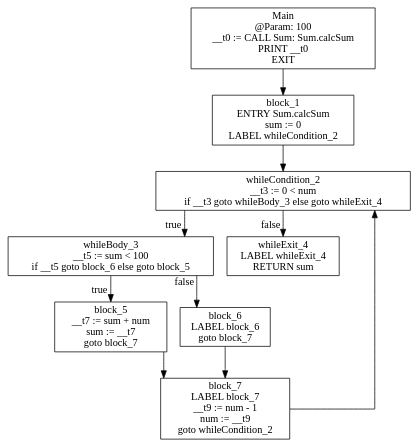
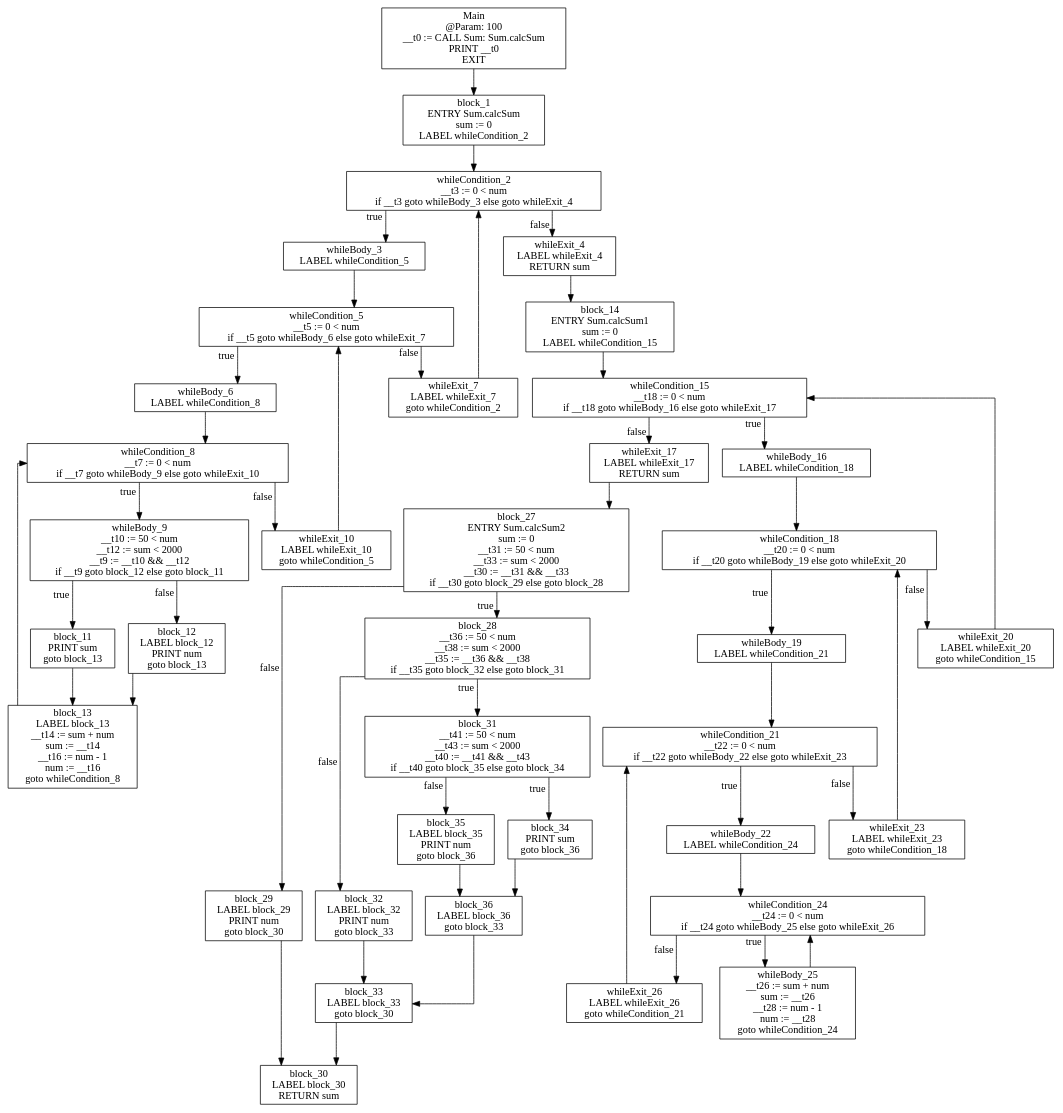
One commit to AIlhomov/Flex changed the diagram in assignment_1/getting_started/cfg.dot. Above: the diagram before and after it, drawn with Graphviz. The commit also changed 8 other files, not shown here.

```diff
--- a/assignment_1/getting_started/cfg.dot
+++ b/assignment_1/getting_started/cfg.dot
@@ -1,21 +1,88 @@
 digraph CFG {
 graph [splines=ortho];
 node [shape=box];
 Main -> block_1;
 Main [label="Main\n @Param: 100\n__t0 := CALL Sum: Sum.calcSum\nPRINT __t0\nEXIT\n"];
 block_1 -> whileCondition_2;
 block_1 [label="block_1\nENTRY Sum.calcSum\nsum := 0\nLABEL whileCondition_2\n"];
 whileCondition_2 -> whileBody_3 [xlabel="true"];
 whileCondition_2 -> whileExit_4 [xlabel="false"];
 whileCondition_2 [label="whileCondition_2\n__t3 := 0 < num\nif __t3 goto whileBody_3 else goto whileExit_4\n"];
-whileBody_3 -> block_5 [xlabel="true"];
-whileBody_3 -> block_6 [xlabel="false"];
-whileBody_3 [label="whileBody_3\n__t5 := sum < 100\nif __t5 goto block_6 else goto block_5\n"];
+whileBody_3 -> whileCondition_5;
+whileBody_3 [label="whileBody_3\nLABEL whileCondition_5\n"];
+whileExit_4 -> block_14;
 whileExit_4 [label="whileExit_4\nLABEL whileExit_4\nRETURN sum\n"];
-block_5 -> block_7;
-block_5 [label="block_5\n__t7 := sum + num\nsum := __t7\ngoto block_7\n"];
-block_6 -> block_7;
-block_6 [label="block_6\nLABEL block_6\ngoto block_7\n"];
-block_7 -> whileCondition_2;
-block_7 [label="block_7\nLABEL block_7\n__t9 := num - 1\nnum := __t9\ngoto whileCondition_2\n"];
+whileCondition_5 -> whileBody_6 [xlabel="true"];
+whileCondition_5 -> whileExit_7 [xlabel="false"];
+whileCondition_5 [label="whileCondition_5\n__t5 := 0 < num\nif __t5 goto whileBody_6 else goto whileExit_7\n"];
+whileBody_6 -> whileCondition_8;
+whileBody_6 [label="whileBody_6\nLABEL whileCondition_8\n"];
+whileExit_7 -> whileCondition_2;
+whileExit_7 [label="whileExit_7\nLABEL whileExit_7\ngoto whileCondition_2\n"];
+whileCondition_8 -> whileBody_9 [xlabel="true"];
+whileCondition_8 -> whileExit_10 [xlabel="false"];
+whileCondition_8 [label="whileCondition_8\n__t7 := 0 < num\nif __t7 goto whileBody_9 else goto whileExit_10\n"];
+whileBody_9 -> block_11 [xlabel="true"];
+whileBody_9 -> block_12 [xlabel="false"];
+whileBody_9 [label="whileBody_9\n__t10 := 50 < num\n__t12 := sum < 2000\n__t9 := __t10 && __t12\nif __t9 goto block_12 else goto block_11\n"];
+whileExit_10 -> whileCondition_5;
+whileExit_10 [label="whileExit_10\nLABEL whileExit_10\ngoto whileCondition_5\n"];
+block_11 -> block_13;
+block_11 [label="block_11\nPRINT sum\ngoto block_13\n"];
+block_12 -> block_13;
+block_12 [label="block_12\nLABEL block_12\nPRINT num\ngoto block_13\n"];
+block_13 -> whileCondition_8;
+block_13 [label="block_13\nLABEL block_13\n__t14 := sum + num\nsum := __t14\n__t16 := num - 1\nnum := __t16\ngoto whileCondition_8\n"];
+block_14 -> whileCondition_15;
+block_14 [label="block_14\nENTRY Sum.calcSum1\nsum := 0\nLABEL whileCondition_15\n"];
+whileCondition_15 -> whileBody_16 [xlabel="true"];
+whileCondition_15 -> whileExit_17 [xlabel="false"];
+whileCondition_15 [label="whileCondition_15\n__t18 := 0 < num\nif __t18 goto whileBody_16 else goto whileExit_17\n"];
+whileBody_16 -> whileCondition_18;
+whileBody_16 [label="whileBody_16\nLABEL whileCondition_18\n"];
+whileExit_17 -> block_27;
+whileExit_17 [label="whileExit_17\nLABEL whileExit_17\nRETURN sum\n"];
+whileCondition_18 -> whileBody_19 [xlabel="true"];
+whileCondition_18 -> whileExit_20 [xlabel="false"];
+whileCondition_18 [label="whileCondition_18\n__t20 := 0 < num\nif __t20 goto whileBody_19 else goto whileExit_20\n"];
+whileBody_19 -> whileCondition_21;
+whileBody_19 [label="whileBody_19\nLABEL whileCondition_21\n"];
+whileExit_20 -> whileCondition_15;
+whileExit_20 [label="whileExit_20\nLABEL whileExit_20\ngoto whileCondition_15\n"];
+whileCondition_21 -> whileBody_22 [xlabel="true"];
+whileCondition_21 -> whileExit_23 [xlabel="false"];
+whileCondition_21 [label="whileCondition_21\n__t22 := 0 < num\nif __t22 goto whileBody_22 else goto whileExit_23\n"];
+whileBody_22 -> whileCondition_24;
+whileBody_22 [label="whileBody_22\nLABEL whileCondition_24\n"];
+whileExit_23 -> whileCondition_18;
+whileExit_23 [label="whileExit_23\nLABEL whileExit_23\ngoto whileCondition_18\n"];
+whileCondition_24 -> whileBody_25 [xlabel="true"];
+whileCondition_24 -> whileExit_26 [xlabel="false"];
+whileCondition_24 [label="whileCondition_24\n__t24 := 0 < num\nif __t24 goto whileBody_25 else goto whileExit_26\n"];
+whileBody_25 -> whileCondition_24;
+whileBody_25 [label="whileBody_25\n__t26 := sum + num\nsum := __t26\n__t28 := num - 1\nnum := __t28\ngoto whileCondition_24\n"];
+whileExit_26 -> whileCondition_21;
+whileExit_26 [label="whileExit_26\nLABEL whileExit_26\ngoto whileCondition_21\n"];
+block_27 -> block_28 [xlabel="true"];
+block_27 -> block_29 [xlabel="false"];
+block_27 [label="block_27\nENTRY Sum.calcSum2\nsum := 0\n__t31 := 50 < num\n__t33 := sum < 2000\n__t30 := __t31 && __t33\nif __t30 goto block_29 else goto block_28\n"];
+block_28 -> block_31 [xlabel="true"];
+block_28 -> block_32 [xlabel="false"];
+block_28 [label="block_28\n__t36 := 50 < num\n__t38 := sum < 2000\n__t35 := __t36 && __t38\nif __t35 goto block_32 else goto block_31\n"];
+block_29 -> block_30;
+block_29 [label="block_29\nLABEL block_29\nPRINT num\ngoto block_30\n"];
+block_30 [label="block_30\nLABEL block_30\nRETURN sum\n"];
+block_31 -> block_34 [xlabel="true"];
+block_31 -> block_35 [xlabel="false"];
+block_31 [label="block_31\n__t41 := 50 < num\n__t43 := sum < 2000\n__t40 := __t41 && __t43\nif __t40 goto block_35 else goto block_34\n"];
+block_32 -> block_33;
+block_32 [label="block_32\nLABEL block_32\nPRINT num\ngoto block_33\n"];
+block_33 -> block_30;
+block_33 [label="block_33\nLABEL block_33\ngoto block_30\n"];
+block_34 -> block_36;
+block_34 [label="block_34\nPRINT sum\ngoto block_36\n"];
+block_35 -> block_36;
+block_35 [label="block_35\nLABEL block_35\nPRINT num\ngoto block_36\n"];
+block_36 -> block_33;
+block_36 [label="block_36\nLABEL block_36\ngoto block_33\n"];
 }
```
